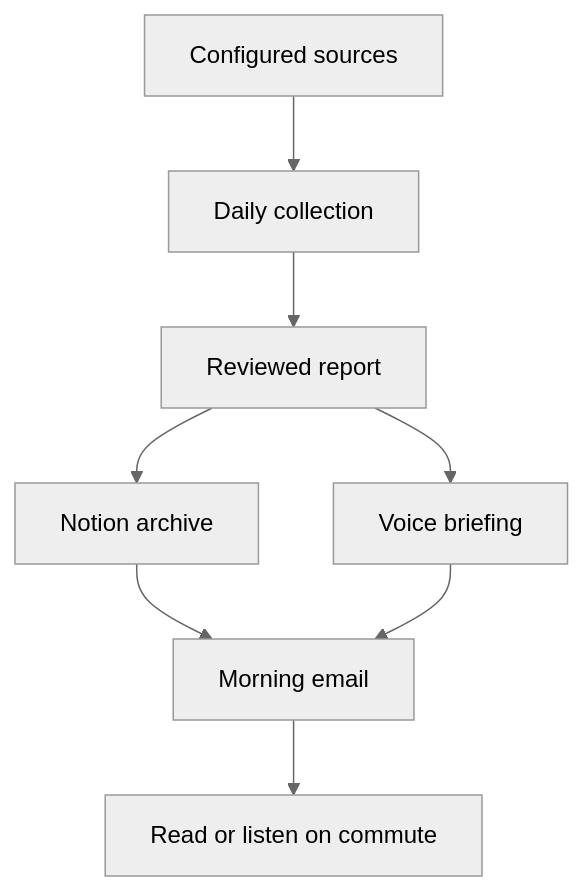
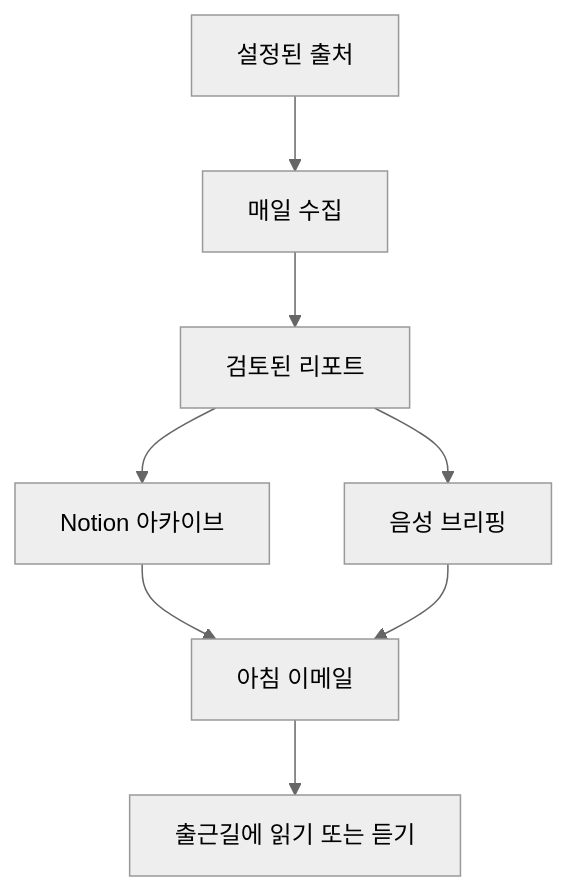
Before and after one commit to SujinHuh/ai-trend-agent: the first of 2 diagrams in README.md, drawn with Mermaid (neutral theme). The commit also changed other lines of this file and 1 other file, not shown here.

````diff
--- a/README.md
+++ b/README.md
@@ -40,10 +38,10 @@
 ```mermaid
 flowchart TD
-  A[Configured sources] --> B[Daily collection]
-  B --> C[Reviewed report]
-  C --> D[Notion archive]
-  C --> E[Voice briefing]
-  D --> F[Morning email]
+  A[설정된 출처] --> B[매일 수집]
+  B --> C[검토된 리포트]
+  C --> D[Notion 아카이브]
+  C --> E[음성 브리핑]
+  D --> F[아침 이메일]
   E --> F
-  F --> G[Read or listen on commute]
+  F --> G[출근길에 읽기 또는 듣기]
 ```
````
